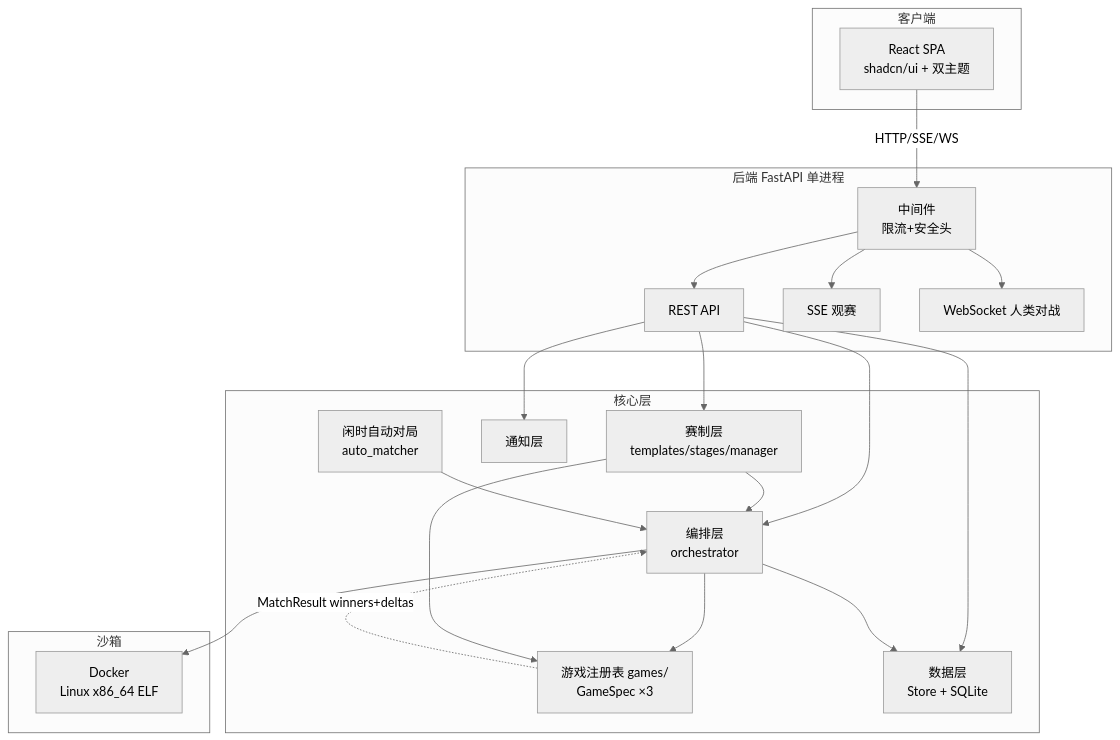
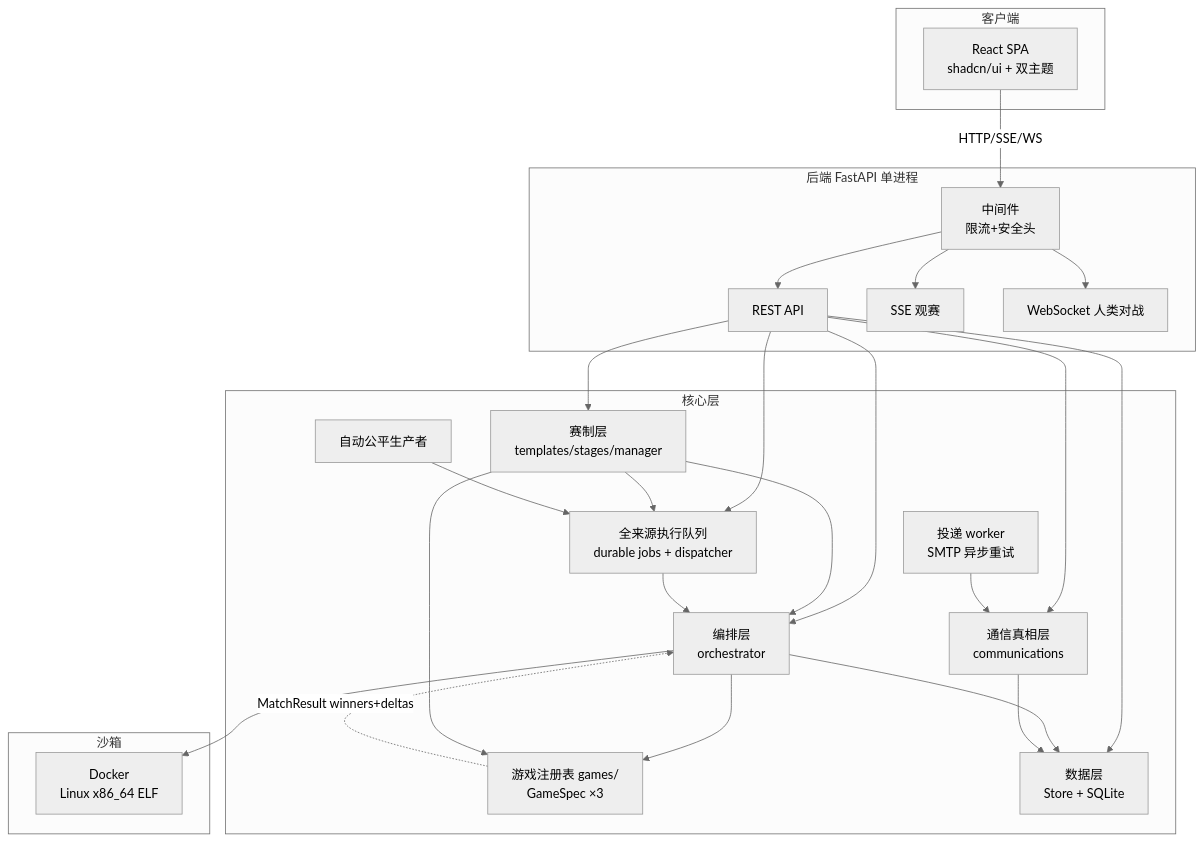
Before and after one commit to zhouzixiang1/botbattle: the first of 2 diagrams in doc/DESIGN.md, drawn with Mermaid (neutral theme). The commit also changed other lines of this file and 219 other files, not shown here.

````diff
--- a/doc/DESIGN.md
+++ b/doc/DESIGN.md
@@ -11,33 +11,40 @@
 ```mermaid
 graph TB
     subgraph 客户端
         FE[React SPA<br/>shadcn/ui + 双主题]
     end
     subgraph 后端 FastAPI 单进程
         API[REST API]
         SSE[SSE 观赛]
         WS[WebSocket 人类对战]
         MW[中间件<br/>限流+安全头]
     end
     subgraph 核心层
         ORCH[编排层<br/>orchestrator]
         GAMES[游戏注册表 games/<br/>GameSpec ×3]
         CONTEST[赛制层<br/>templates/stages/manager]
         STORE[数据层<br/>Store + SQLite]
-        NOTIFY[通知层]
-        AUTO[闲时自动对局<br/>auto_matcher]
+        EXEC[全来源执行队列<br/>durable jobs + dispatcher]
+        AUTO[自动公平生产者]
+        COMM[通信真相层<br/>communications]
+        WORKER[投递 worker<br/>SMTP 异步重试]
     end
     subgraph 沙箱
         DOCKER[Docker<br/>Linux x86_64 ELF]
     end
     FE -->|HTTP/SSE/WS| MW
     MW --> API & SSE & WS
-    API --> ORCH & CONTEST & STORE & NOTIFY
+    API --> ORCH & CONTEST & STORE & COMM
     ORCH --> GAMES
     ORCH --> DOCKER
     ORCH --> STORE
     CONTEST --> ORCH
     CONTEST --> GAMES
-    AUTO --> ORCH
+    API --> EXEC
+    CONTEST --> EXEC
+    AUTO --> EXEC
+    EXEC --> ORCH
+    COMM --> STORE
+    WORKER --> COMM
     GAMES -.->|MatchResult winners+deltas| ORCH
 ```
````
